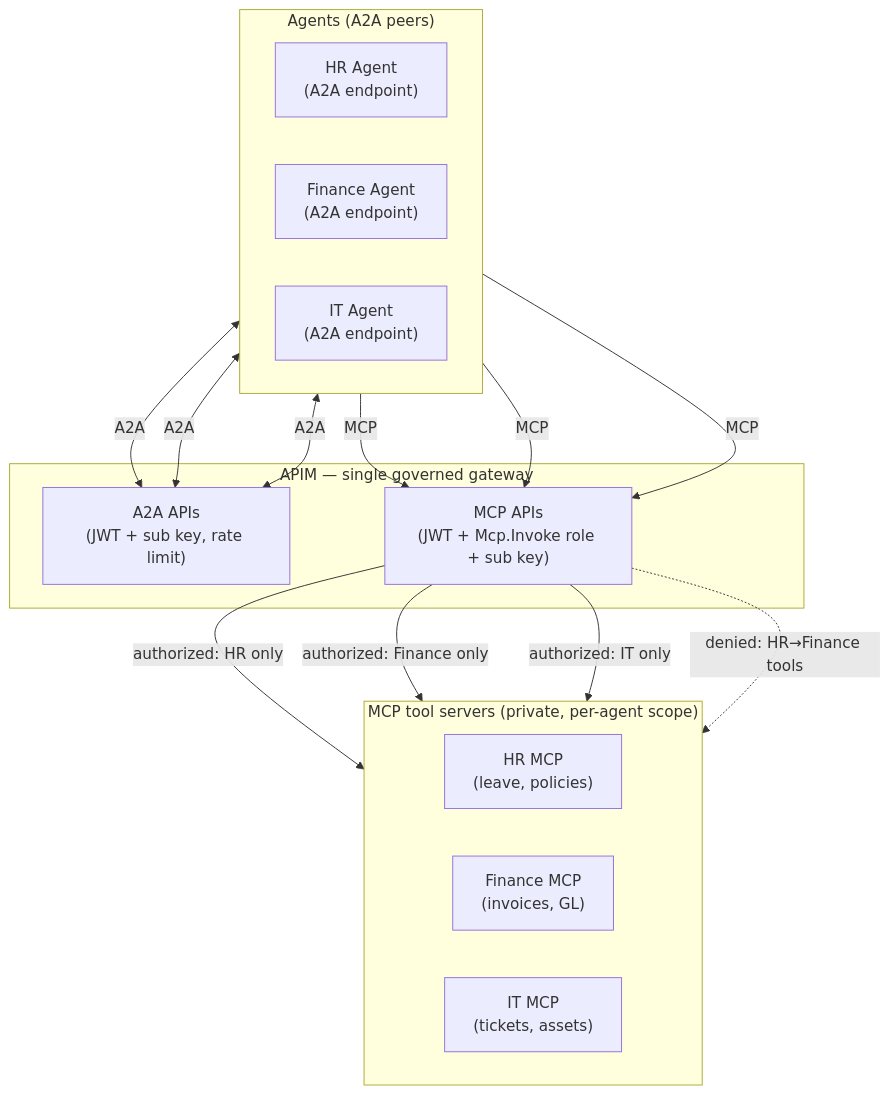
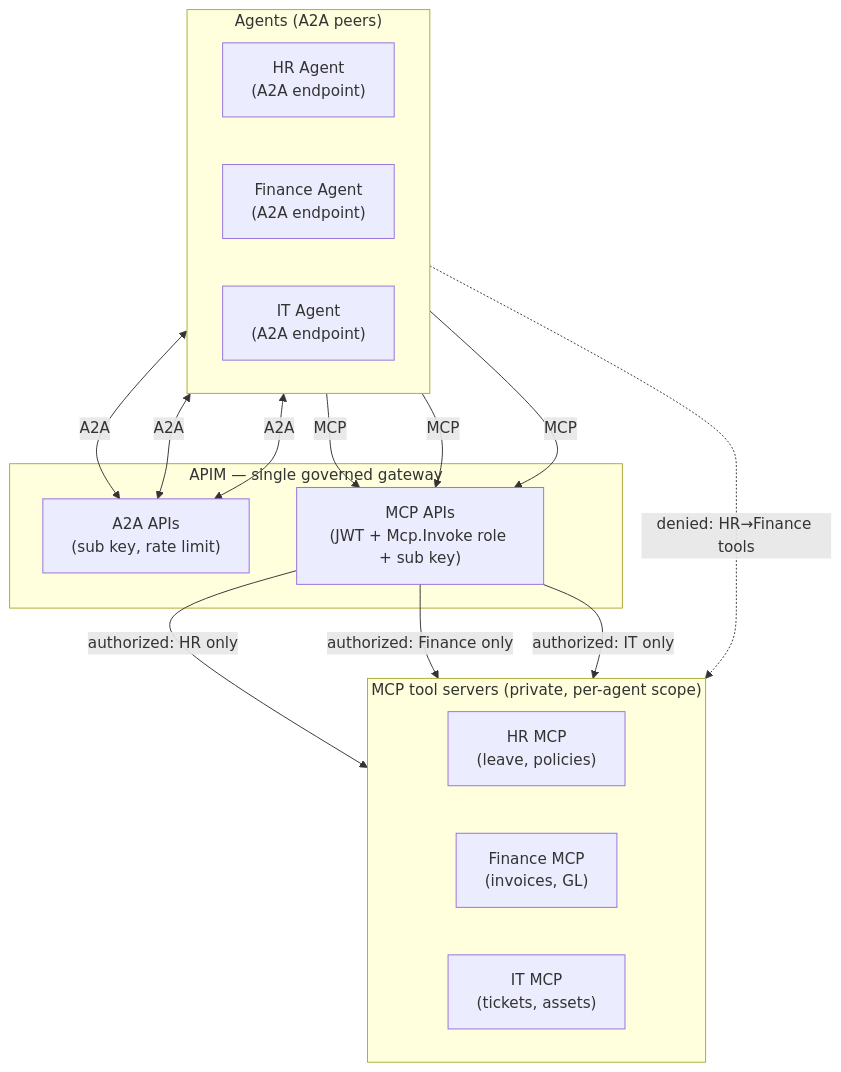
Before and after one commit to katkostro/apim-a2a-mcp: the third of 5 diagrams in labs/mcp-a2a-agents/docs/citadel-a2a-mcp-architecture.md, drawn with Mermaid. The commit also changed other lines of this file, not shown here.

Commit message:
docs: correct A2A inbound auth, FastAPI MCP server, and MCP rate-limit wording in Citadel architecture

````diff
--- a/labs/mcp-a2a-agents/docs/citadel-a2a-mcp-architecture.md
+++ b/labs/mcp-a2a-agents/docs/citadel-a2a-mcp-architecture.md
@@ -101,38 +136,38 @@
 ```mermaid
 flowchart TB
     subgraph Agents["Agents (A2A peers)"]
         direction LR
         HR["HR Agent<br/>(A2A endpoint)"]
         FIN["Finance Agent<br/>(A2A endpoint)"]
         IT["IT Agent<br/>(A2A endpoint)"]
     end
 
     subgraph Gateway["APIM — single governed gateway"]
-        A2AAPI["A2A APIs<br/>(JWT + sub key, rate limit)"]
+        A2AAPI["A2A APIs<br/>(sub key, rate limit)"]
         MCPAPI["MCP APIs<br/>(JWT + Mcp.Invoke role + sub key)"]
     end
 
     subgraph Tools["MCP tool servers (private, per-agent scope)"]
         direction LR
         HRT["HR MCP<br/>(leave, policies)"]
         FINT["Finance MCP<br/>(invoices, GL)"]
         ITT["IT MCP<br/>(tickets, assets)"]
     end
 
     %% A2A — agents call each other through APIM
     HR <-->|A2A| A2AAPI
     FIN <-->|A2A| A2AAPI
     IT <-->|A2A| A2AAPI
 
     %% MCP — each agent reaches ONLY its own tools, authorized by APIM
     HR -->|MCP| MCPAPI
     FIN -->|MCP| MCPAPI
     IT -->|MCP| MCPAPI
 
     MCPAPI -->|"authorized: HR only"| HRT
     MCPAPI -->|"authorized: Finance only"| FINT
     MCPAPI -->|"authorized: IT only"| ITT
 
-    %% denied cross-access (illustrative)
-    MCPAPI -. "denied: HR→Finance tools" .-> FINT
+    %% denied cross-access (illustrative) — HR agent's attempt, rejected at the gateway
+    HR -. "denied: HR→Finance tools" .-> FINT
 ```
````
